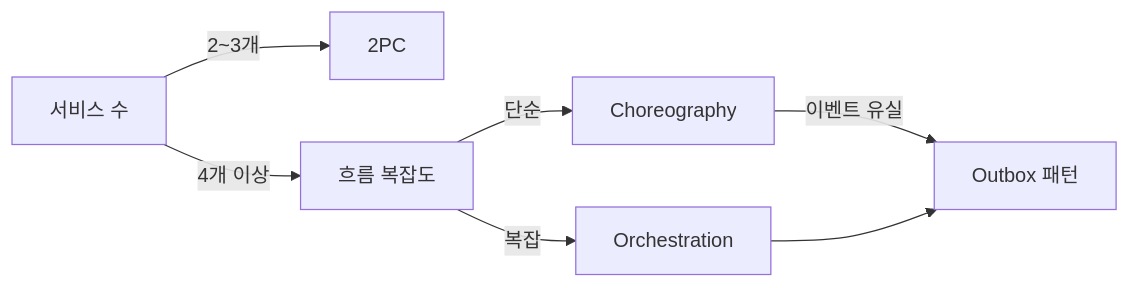
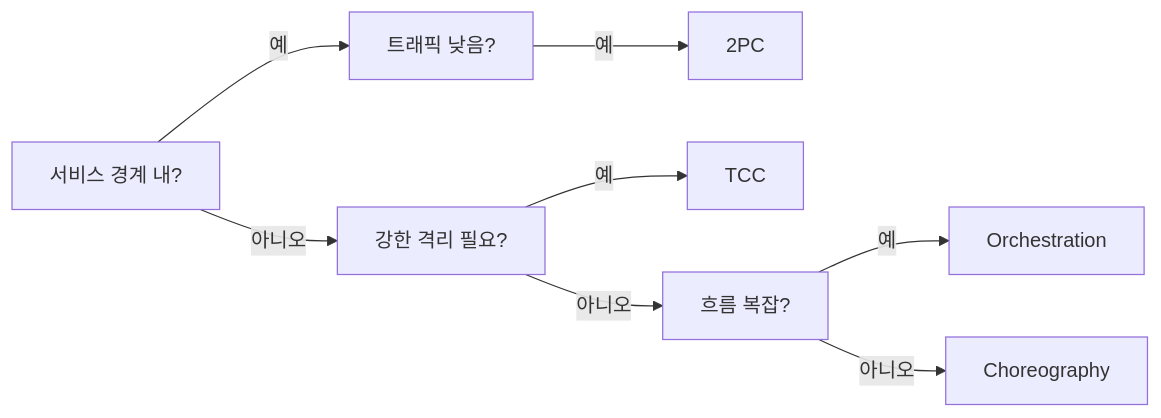
Before and after one commit to yjkim2015/yjkim2015.github.io: diagram 12 of 12 in _posts/architecture/2026-05-02-distributed-transaction-deep.md, drawn with Mermaid. The commit also changed other lines of this file and 4 other files, not shown here.

````diff
--- a/_posts/architecture/2026-05-02-distributed-transaction-deep.md
+++ b/_posts/architecture/2026-05-02-distributed-transaction-deep.md
@@ -593,9 +1823,10 @@
 ```mermaid
 graph LR
-    SN["서비스 수"] -->|"2~3개"| TP["2PC"]
-    SN -->|"4개 이상"| FC["흐름 복잡도"]
-    FC -->|"단순"| CS["Choreography"]
-    FC -->|"복잡"| OS["Orchestration"]
-    CS -->|"이벤트 유실"| OB["Outbox 패턴"]
-    OS --> OB
+    Q1["서비스 경계 내?"] -->|"예"| Q2["트래픽 낮음?"]
+    Q1 -->|"아니오"| Q3["강한 격리 필요?"]
+    Q2 -->|"예"| TWO["2PC"]
+    Q3 -->|"예"| TCC["TCC"]
+    Q3 -->|"아니오"| Q4["흐름 복잡?"]
+    Q4 -->|"예"| ORCH["Orchestration"]
+    Q4 -->|"아니오"| CHOR["Choreography"]
 ```
````
